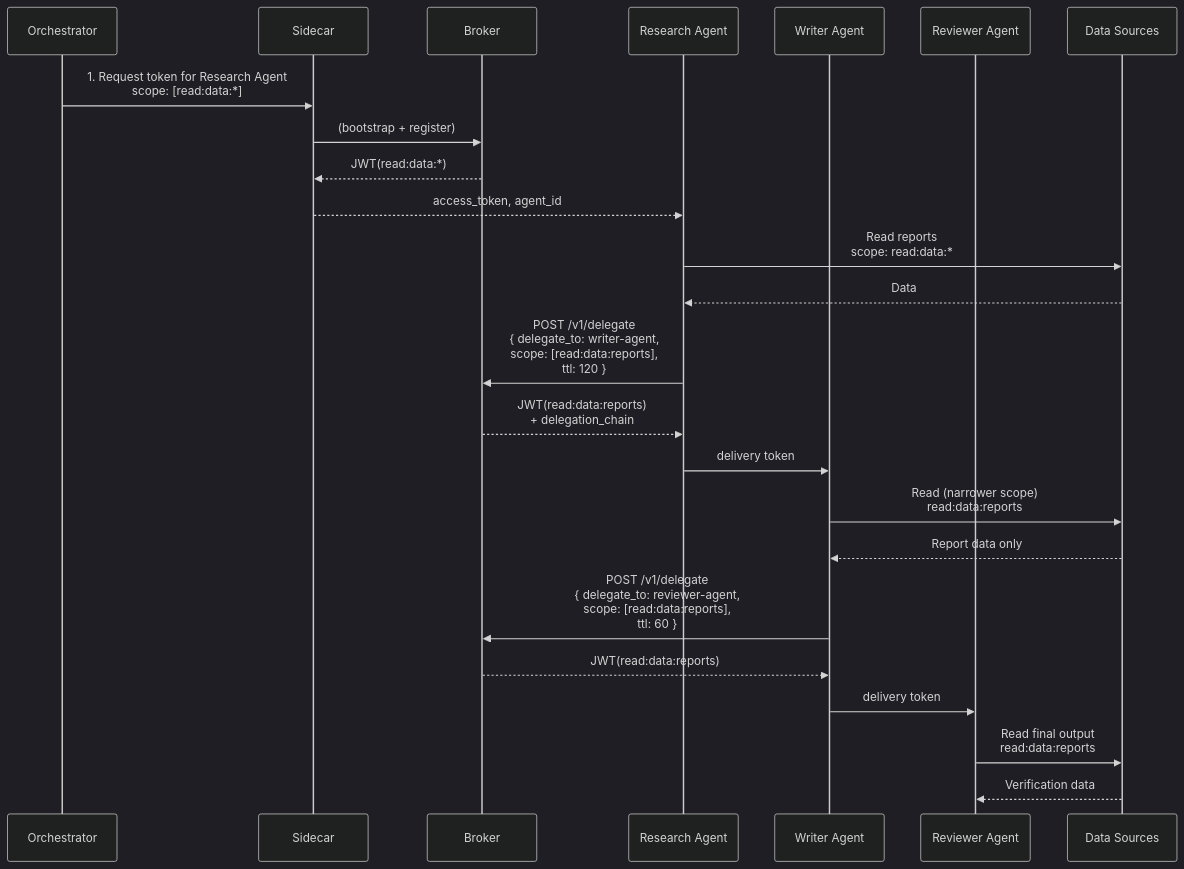
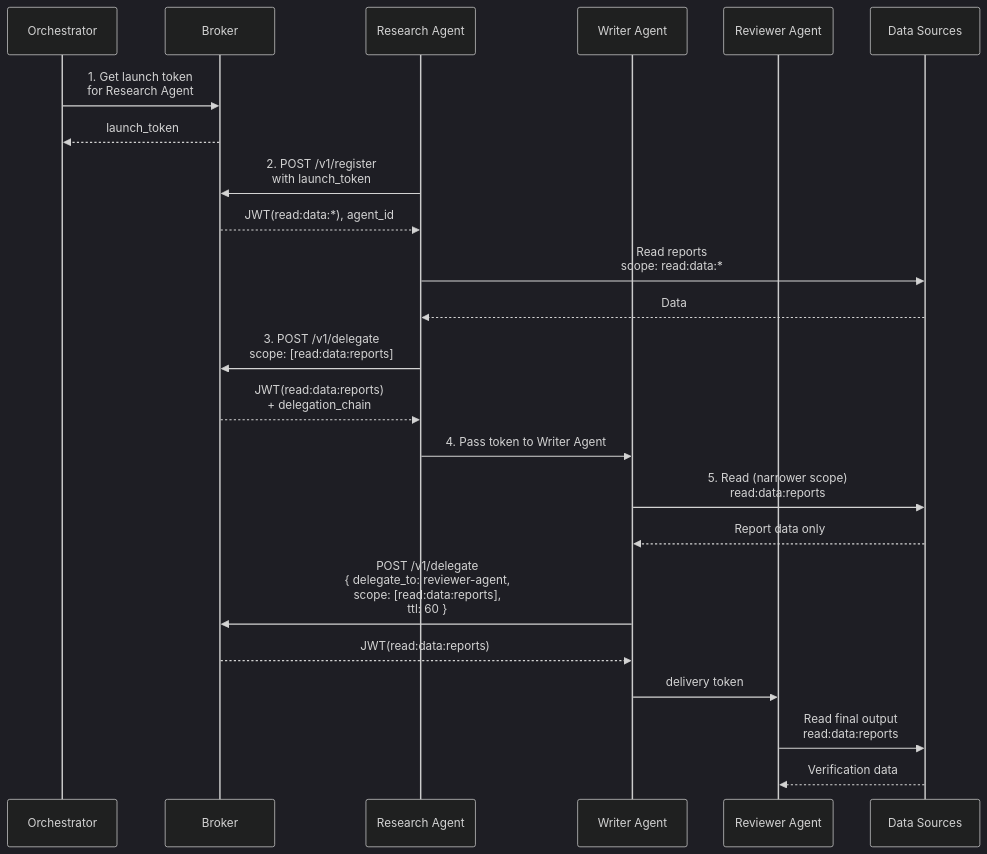
The first of 6 diagrams in docs/integration-patterns.md (devonartis/agentwrit), drawn with Mermaid (dark theme) before and after one commit. The commit also changed other lines of this file and 21 other files, not shown here.

````diff
--- a/docs/integration-patterns.md
+++ b/docs/integration-patterns.md
@@ -75,34 +74,34 @@
 ```mermaid
 sequenceDiagram
     participant Orch as Orchestrator
-    participant SC as Sidecar
     participant Broker
     participant RA as Research Agent
     participant WA as Writer Agent
     participant REV as Reviewer Agent
     participant DB as Data Sources
 
-    Orch->>SC: 1. Request token for Research Agent<br/>scope: [read:data:*]
-    SC->>Broker: (bootstrap + register)
-    Broker-->>SC: JWT(read:data:*)
-    SC-->>RA: access_token, agent_id
+    Orch->>Broker: 1. Get launch token<br/>for Research Agent
+    Broker-->>Orch: launch_token
+
+    RA->>Broker: 2. POST /v1/register<br/>with launch_token
+    Broker-->>RA: JWT(read:data:*), agent_id
 
     RA->>DB: Read reports<br/>scope: read:data:*
     DB-->>RA: Data
 
-    RA->>Broker: POST /v1/delegate<br/>{ delegate_to: writer-agent,<br/>scope: [read:data:reports],<br/>ttl: 120 }
+    RA->>Broker: 3. POST /v1/delegate<br/>scope: [read:data:reports]
     Broker-->>RA: JWT(read:data:reports)<br/>+ delegation_chain
 
-    RA->>WA: delivery token
+    RA->>WA: 4. Pass token to Writer Agent
 
-    WA->>DB: Read (narrower scope)<br/>read:data:reports
+    WA->>DB: 5. Read (narrower scope)<br/>read:data:reports
     DB-->>WA: Report data only
 
     WA->>Broker: POST /v1/delegate<br/>{ delegate_to: reviewer-agent,<br/>scope: [read:data:reports],<br/>ttl: 60 }
     Broker-->>WA: JWT(read:data:reports)
 
     WA->>REV: delivery token
 
     REV->>DB: Read final output<br/>read:data:reports
     DB-->>REV: Verification data
 ```
````
